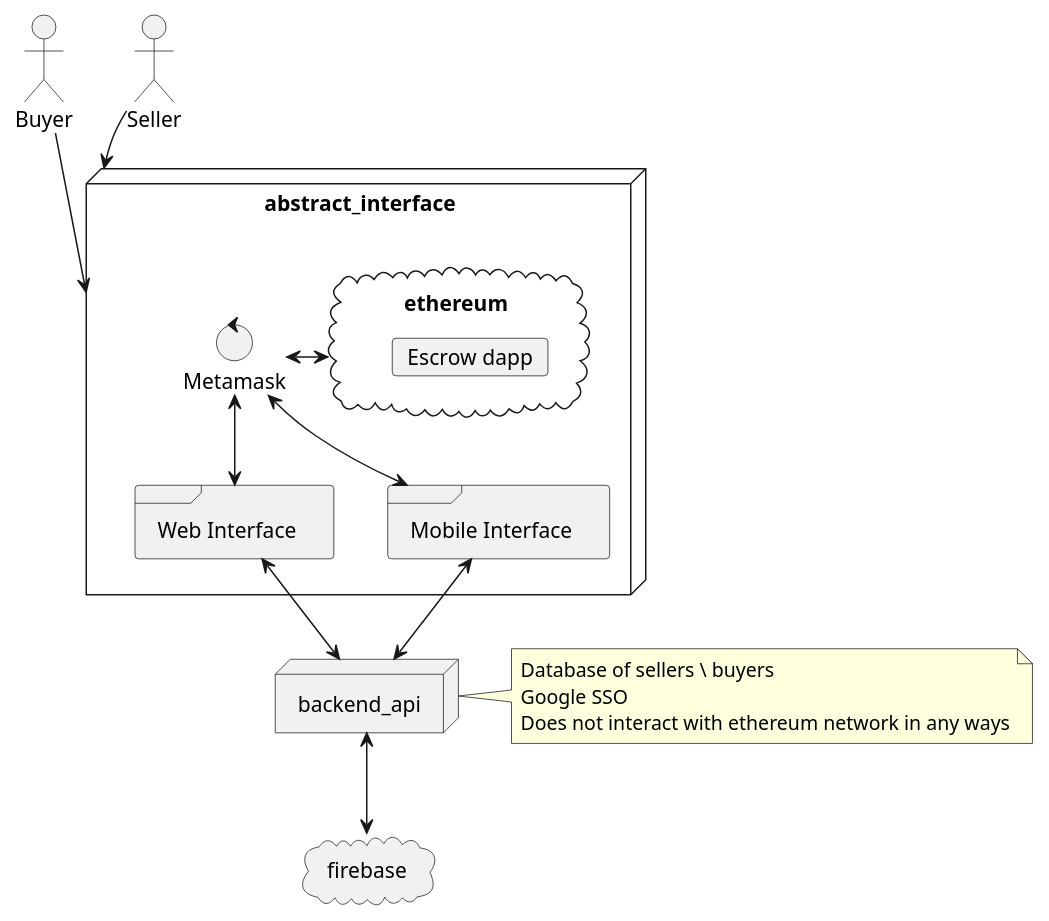
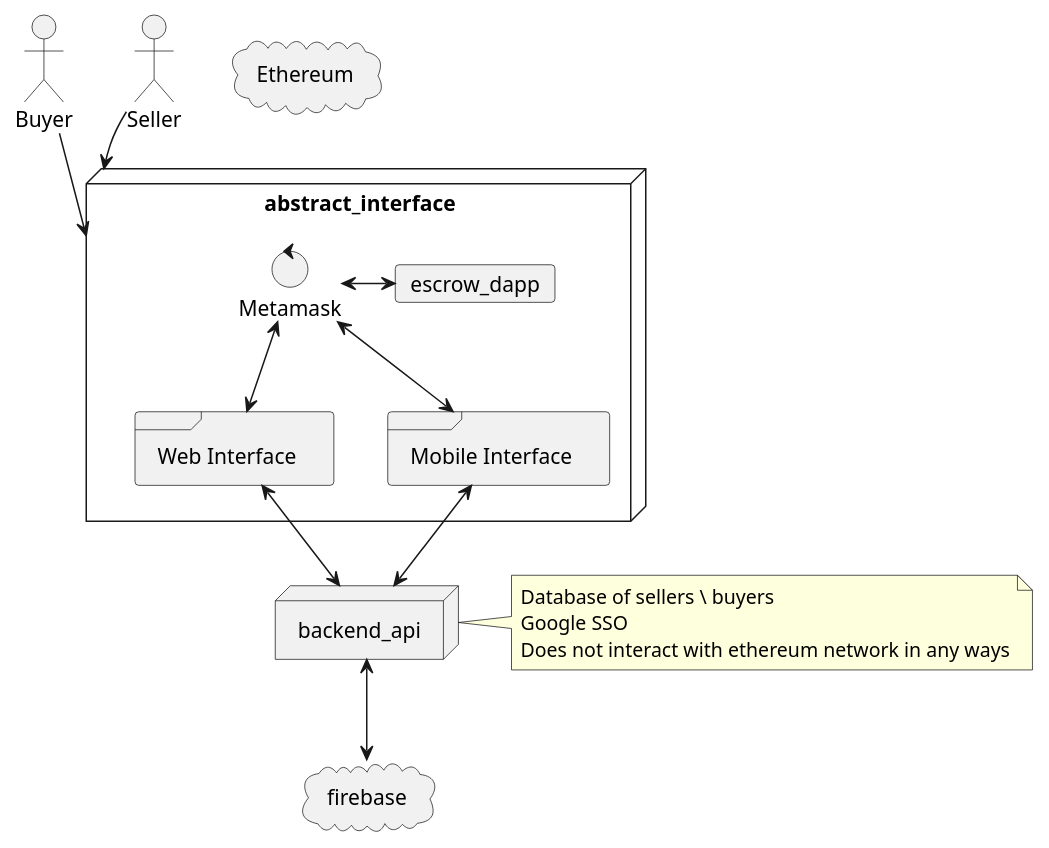
Before and after one commit to tark-industries/exchange-smart-contract: the diagram in docs/puml/general_scheme.puml, drawn with PlantUML.

Commit message:
general scheme

```diff
--- a/docs/puml/general_scheme.puml
+++ b/docs/puml/general_scheme.puml
@@ -1,58 +1,58 @@
 @startuml
 
 
 actor Buyer as buyer
 
 actor Seller as seller
 
 seller -down-> abstract_interface
 buyer -down-> abstract_interface
 
 
 
 node "Abstract Interface" as "abstract_interface" {
     control Metamask as metamask
 
 
     frame "Web Interface" as web_interface {
 
     }
 
     frame "Mobile Interface" as "mobile_interface" {
 
     }
 
     web_interface <-up-> metamask
     mobile_interface <-up-> metamask
 
-    metamask <-> ethereum
+    metamask <-> escrow_dapp
 }
 
 
 web_interface <--> backend_api
 mobile_interface <--> backend_api
 backend_api <--> firebase
 node "Backend API" as backend_api {
 
 }
 
 
 note right of backend_api
   Database of sellers \ buyers
   Google SSO
   Does not interact with ethereum network in any ways
 end note
 
 cloud "Ethereum" as ethereum {
-    card "Escrow dapp" {
+    card "Escrow dapp" as escrow_dapp {
 
     }
 }
 
 
 cloud Firebase as firebase {
 
 }
 
 
 @enduml
```
